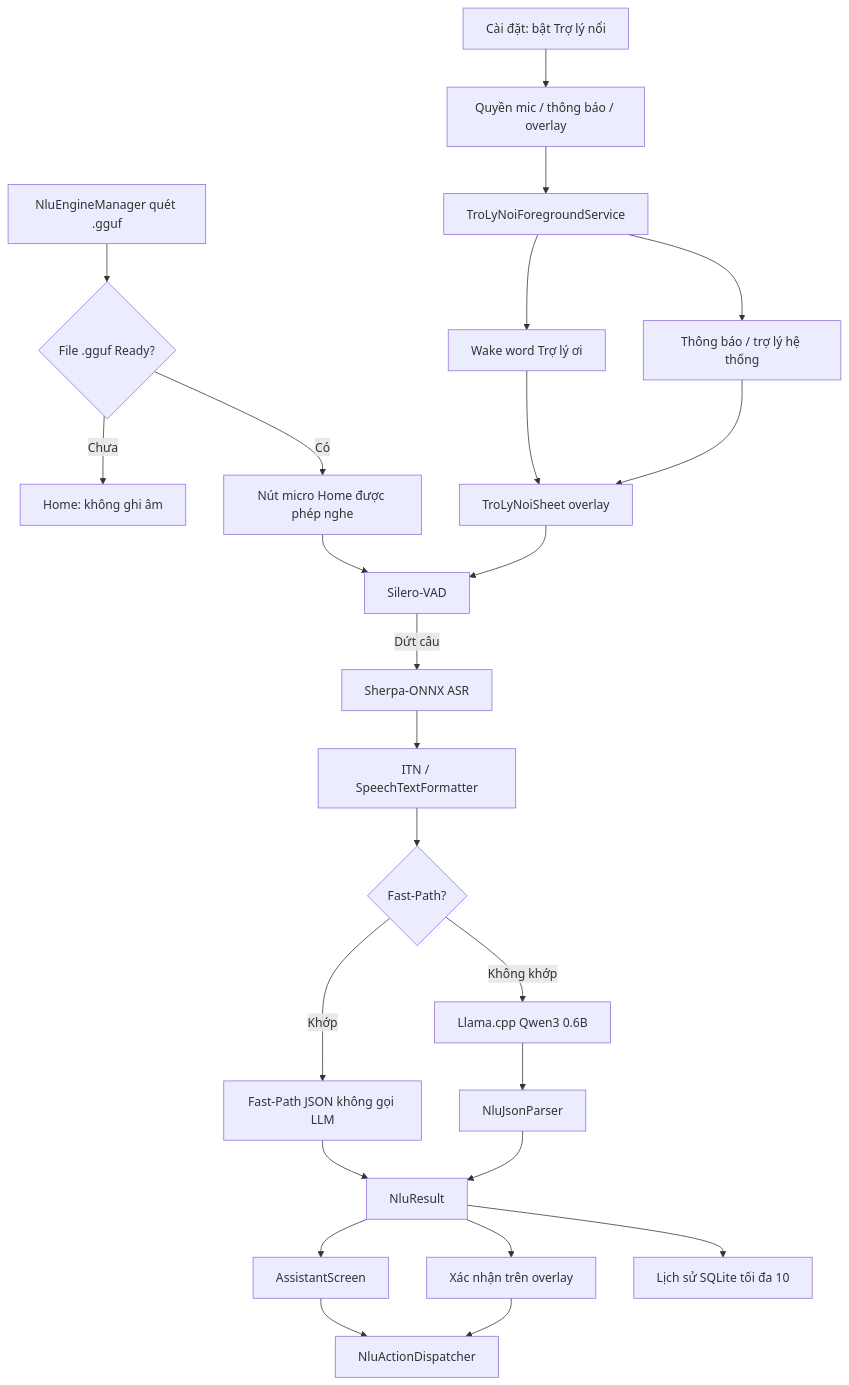
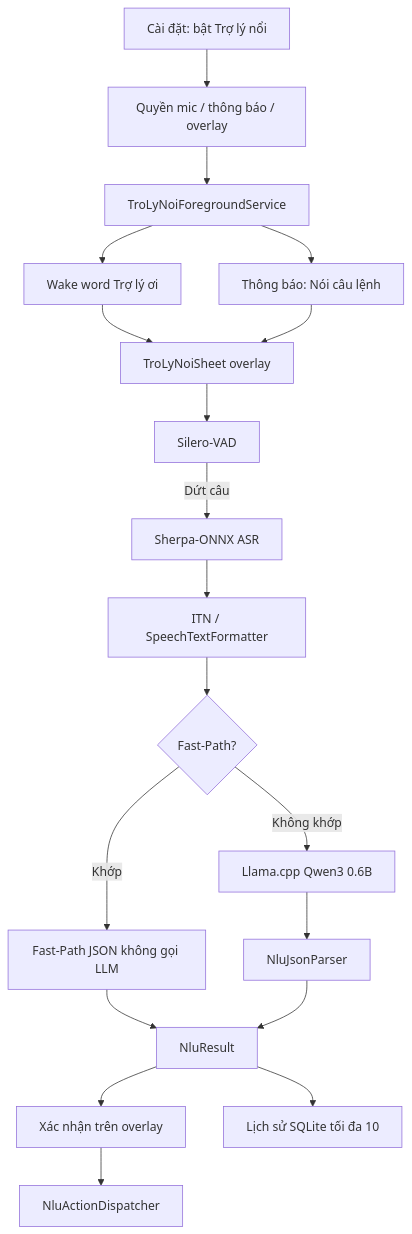
One commit to tuanhdevvn/ViDroidCall-Studio changed the second of 2 diagrams in README.md. Above: the diagram before and after it, drawn with Mermaid. The commit also changed other lines of this file, not shown here.

First line of the commit message:
docs: split README architecture into in-app and overlay flows

````diff
--- a/README.md
+++ b/README.md
@@ -142,27 +171,21 @@
 ```mermaid
 flowchart TD
-    A["NluEngineManager quét .gguf"] --> H{"File .gguf Ready?"}
-    H -- "Chưa" --> K["Home: không ghi âm"]
-    H -- "Có" --> M0["Nút micro Home được phép nghe"]
     S["Cài đặt: bật Trợ lý nổi"] --> P["Quyền mic / thông báo / overlay"]
     P --> FS["TroLyNoiForegroundService"]
     FS --> W["Wake word Trợ lý ơi"]
-    FS --> N["Thông báo / trợ lý hệ thống"]
+    FS --> N["Thông báo: Nói câu lệnh"]
     W --> OV["TroLyNoiSheet overlay"]
     N --> OV
-    M0 --> B["Silero-VAD"]
-    OV --> B
+    OV --> B["Silero-VAD"]
     B -->|"Dứt câu"| C["Sherpa-ONNX ASR"]
     C --> D["ITN / SpeechTextFormatter"]
     D --> E{"Fast-Path?"}
     E -- "Khớp" --> F["Fast-Path JSON không gọi LLM"]
     E -- "Không khớp" --> I["Llama.cpp Qwen3 0.6B"]
     I --> J["NluJsonParser"]
     F --> L["NluResult"]
     J --> L
-    L --> UI["AssistantScreen"]
     L --> OX["Xác nhận trên overlay"]
     L --> HIS["Lịch sử SQLite tối đa 10"]
-    UI --> DIS["NluActionDispatcher"]
-    OX --> DIS
+    OX --> DIS["NluActionDispatcher"]
 ```
````
